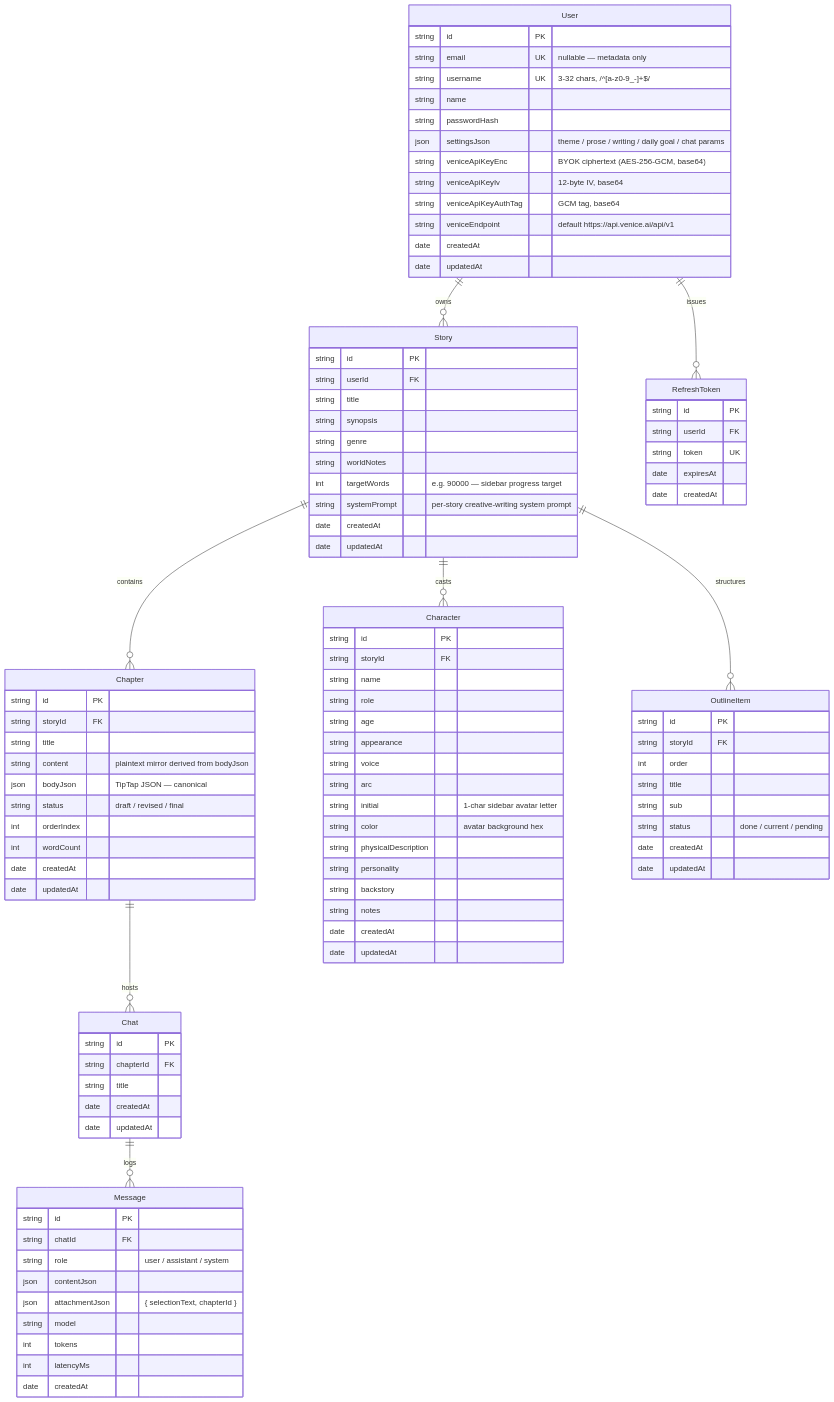
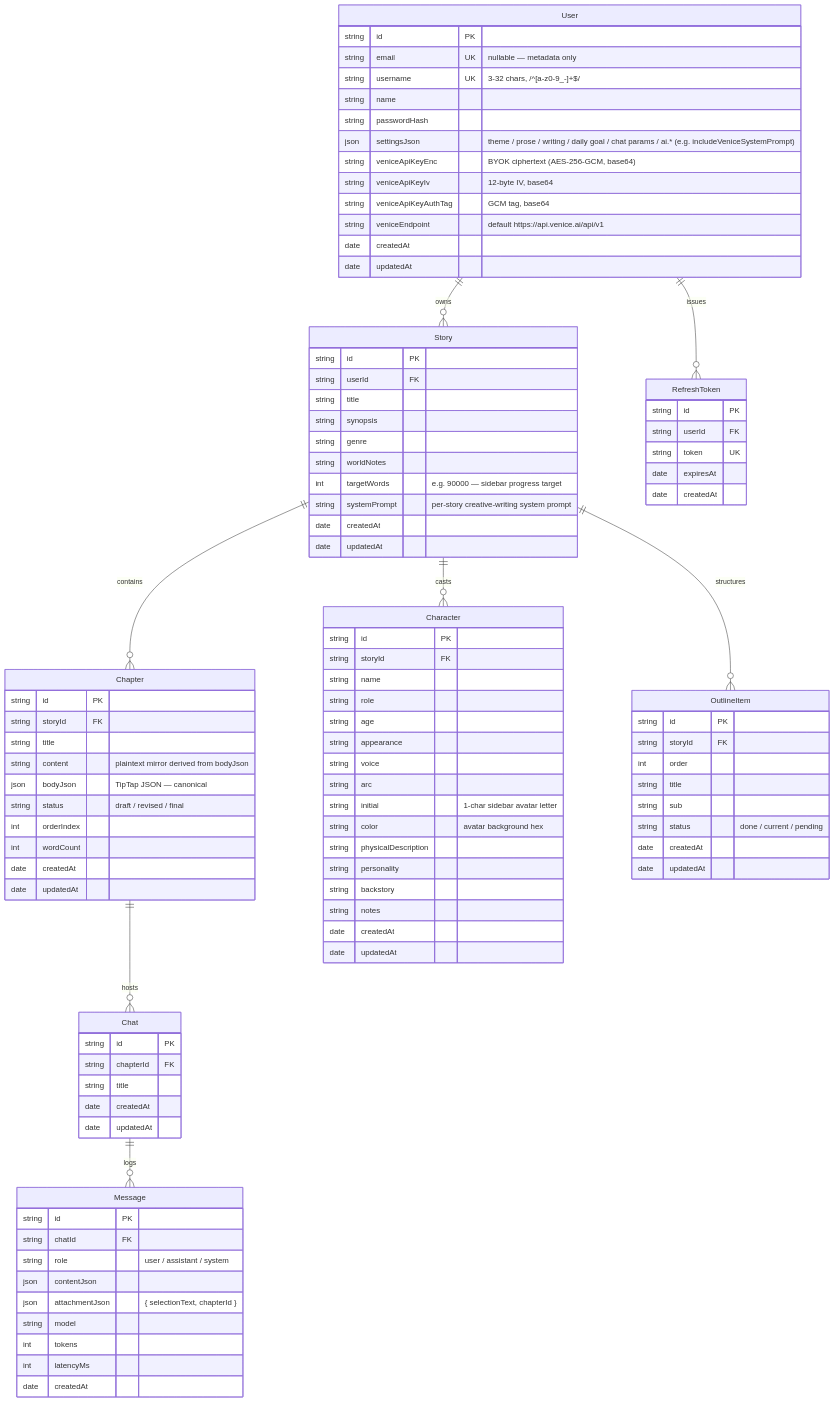
The diagram in docs/data-model.md (DoctorKomodo/ai-story-editor), drawn with Mermaid before and after one commit. The commit also changed 4 other files, not shown here.

First line of the commit message:
[V4][V5][V13][T5][B11][F43] make include_venice_system_prompt user-configurable

```diff
--- a/docs/data-model.md
+++ b/docs/data-model.md
@@ -22,7 +22,7 @@
         string  username UK "3-32 chars, /^[a-z0-9_-]+$/"
         string  name
         string  passwordHash
-        json    settingsJson "theme / prose / writing / daily goal / chat params"
+        json    settingsJson "theme / prose / writing / daily goal / chat params / ai.* (e.g. includeVeniceSystemPrompt)"
         string  veniceApiKeyEnc "BYOK ciphertext (AES-256-GCM, base64)"
         string  veniceApiKeyIv "12-byte IV, base64"
         string  veniceApiKeyAuthTag "GCM tag, base64"
```
